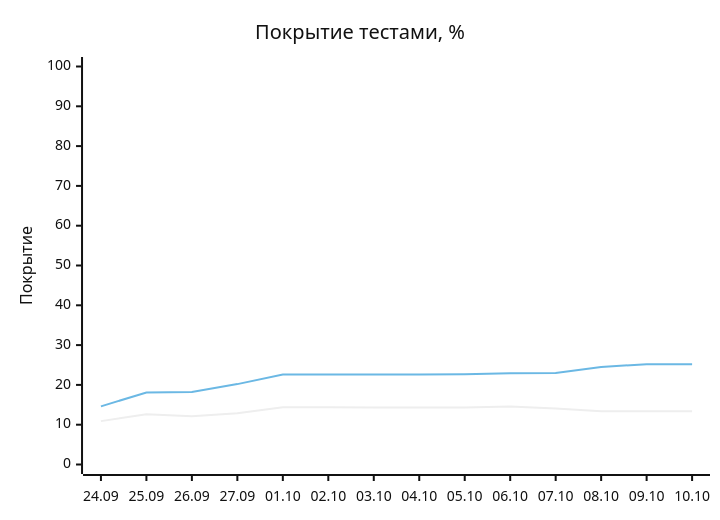
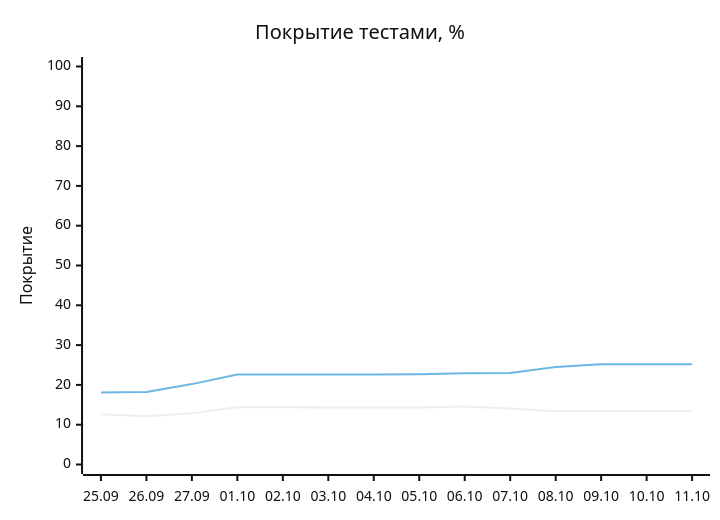
One commit to EvgeniBondarev/coverage-report changed the diagram in README.md. Above: the diagram before and after it, drawn with Mermaid (neutral theme). The commit also changed other lines of this file and 2945 other files, not shown here.

````diff
--- a/README.md
+++ b/README.md
@@ -19,8 +19,8 @@
 ```mermaid
 xychart-beta
     title "Покрытие тестами, %"
-    x-axis ["24.09", "25.09", "26.09", "27.09", "01.10", "02.10", "03.10", "04.10", "05.10", "06.10", "07.10", "08.10", "09.10", "10.10"]
+    x-axis ["25.09", "26.09", "27.09", "01.10", "02.10", "03.10", "04.10", "05.10", "06.10", "07.10", "08.10", "09.10", "10.10", "11.10"]
     y-axis "Покрытие" 0 --> 100
-    line [10.9, 12.6, 12.1, 12.9, 14.4, 14.4, 14.3, 14.3, 14.3, 14.6, 14.1, 13.4, 13.4, 13.4]
-    line [14.6, 18.1, 18.2, 20.2, 22.6, 22.6, 22.6, 22.6, 22.7, 22.9, 23, 24.5, 25.2, 25.2]
+    line [12.6, 12.1, 12.9, 14.4, 14.4, 14.3, 14.3, 14.3, 14.6, 14.1, 13.4, 13.4, 13.4, 13.4]
+    line [18.1, 18.2, 20.2, 22.6, 22.6, 22.6, 22.6, 22.7, 22.9, 23, 24.5, 25.2, 25.2, 25.2]
 ```
````
